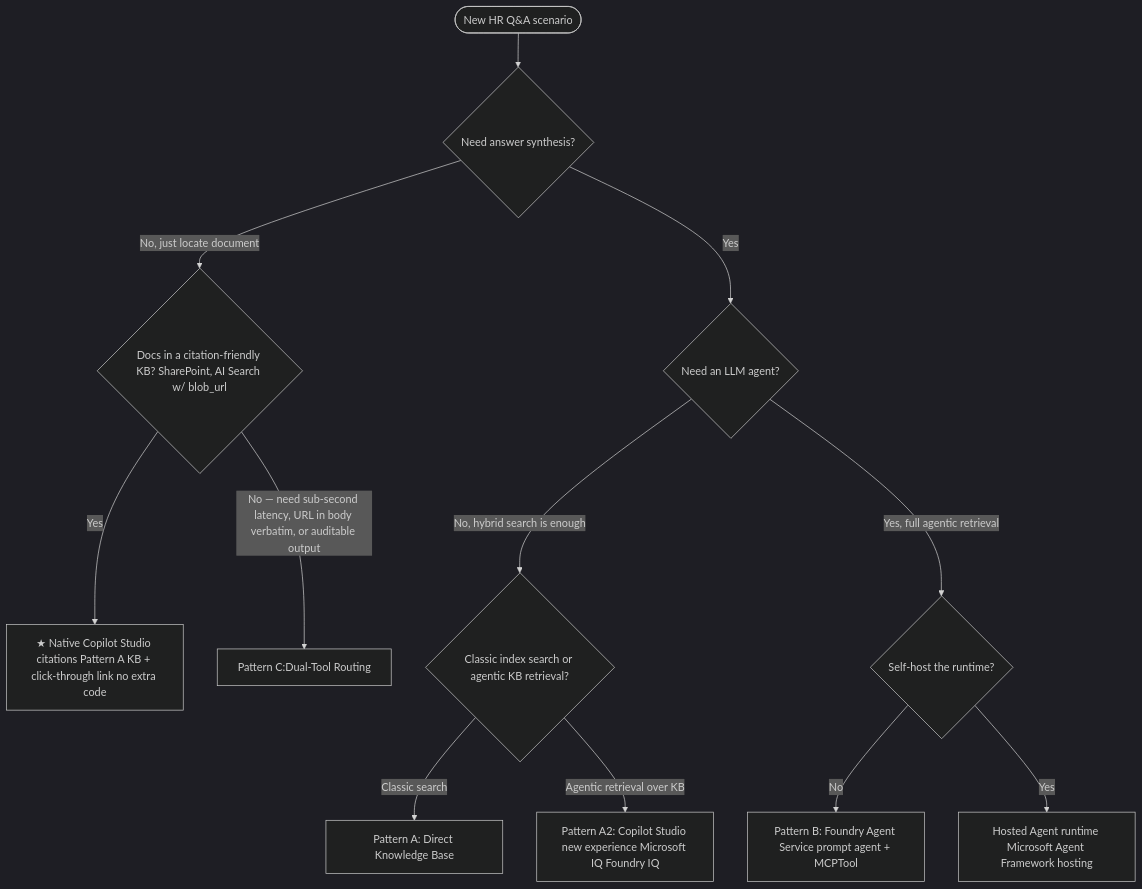
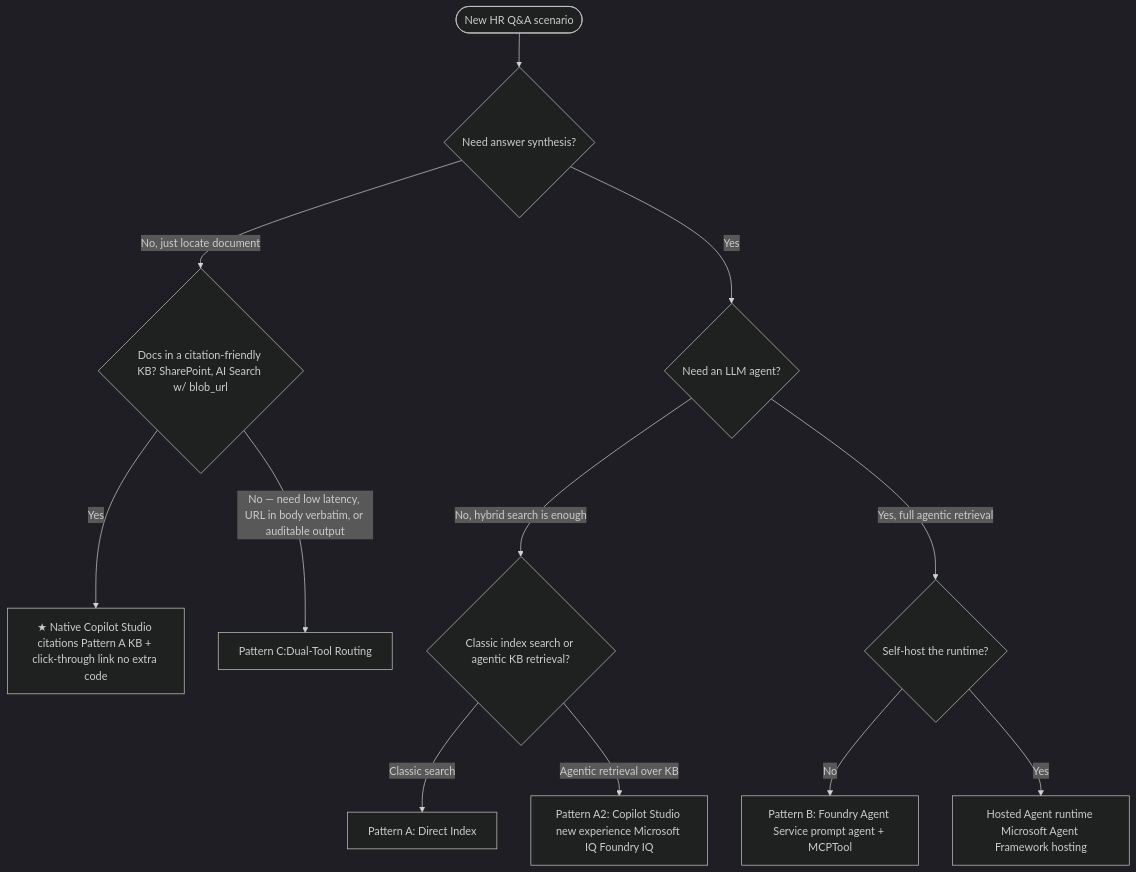
Before and after one commit to honestypugh2/foundry-copilot-hr-policy-knowledge: the diagram in docs/RetrievalPatterns.md, drawn with Mermaid (dark theme). The commit also changed other lines of this file and 18 other files, not shown here.

````diff
--- a/docs/RetrievalPatterns.md
+++ b/docs/RetrievalPatterns.md
@@ -18,14 +18,14 @@
 ```mermaid
 flowchart TD
     Start([New HR Q&A scenario]) --> Q1{Need answer synthesis?}
     Q1 -- No, just locate document --> QL{Docs in a citation-friendly KB? SharePoint, AI Search w/ blob_url}
     QL -- Yes --> Native[★ Native Copilot Studio citations Pattern A KB + click-through link no extra code]
-    QL -- "No — need sub-second latency, URL in body verbatim, or auditable output" --> C[Pattern C:Dual-Tool Routing]
+    QL -- "No — need low latency, URL in body verbatim, or auditable output" --> C[Pattern C:Dual-Tool Routing]
     Q1 -- Yes --> Q2{Need an LLM agent?}
     Q2 -- No, hybrid search is enough --> QK{Classic index search or agentic KB retrieval?}
-    QK -- Classic search --> A[Pattern A: Direct Knowledge Base]
+    QK -- Classic search --> A[Pattern A: Direct Index]
     QK -- Agentic retrieval over KB --> A2[Pattern A2: Copilot Studio new experience Microsoft IQ Foundry IQ]
     Q2 -- Yes, full agentic retrieval --> Q3{Self-host the runtime?}
     Q3 -- No --> B[Pattern B: Foundry Agent Service prompt agent + MCPTool ]
     Q3 -- Yes --> H[Hosted Agent runtime Microsoft Agent Framework hosting]
 ```
````
